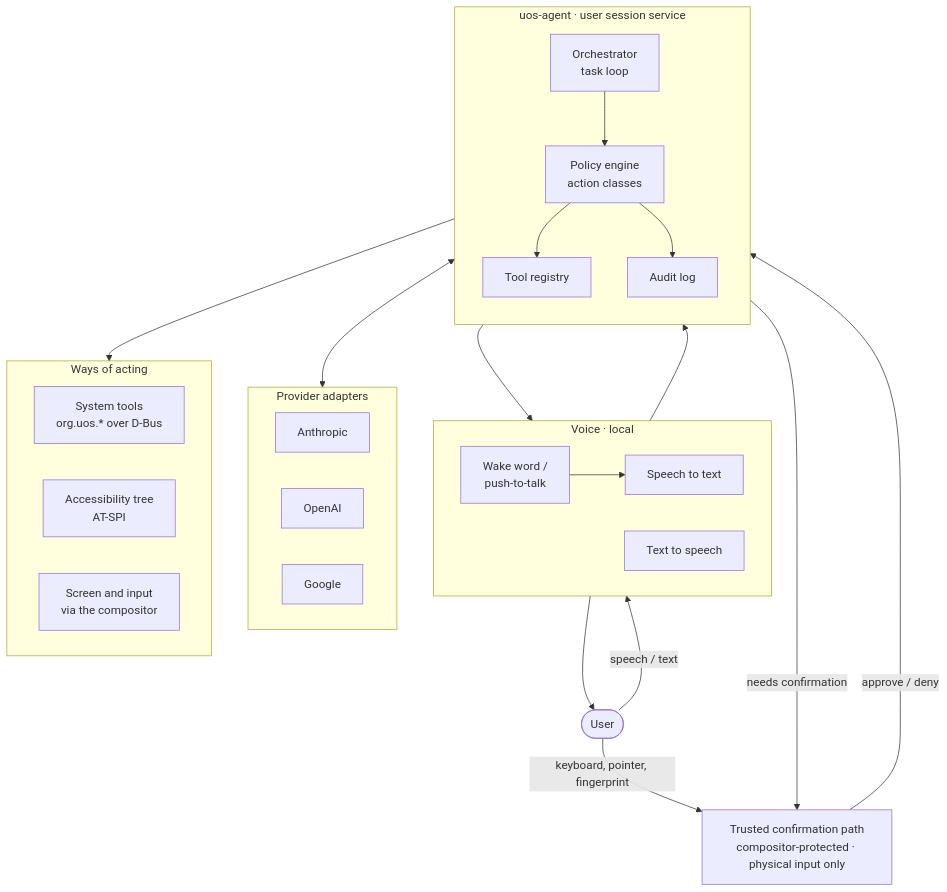
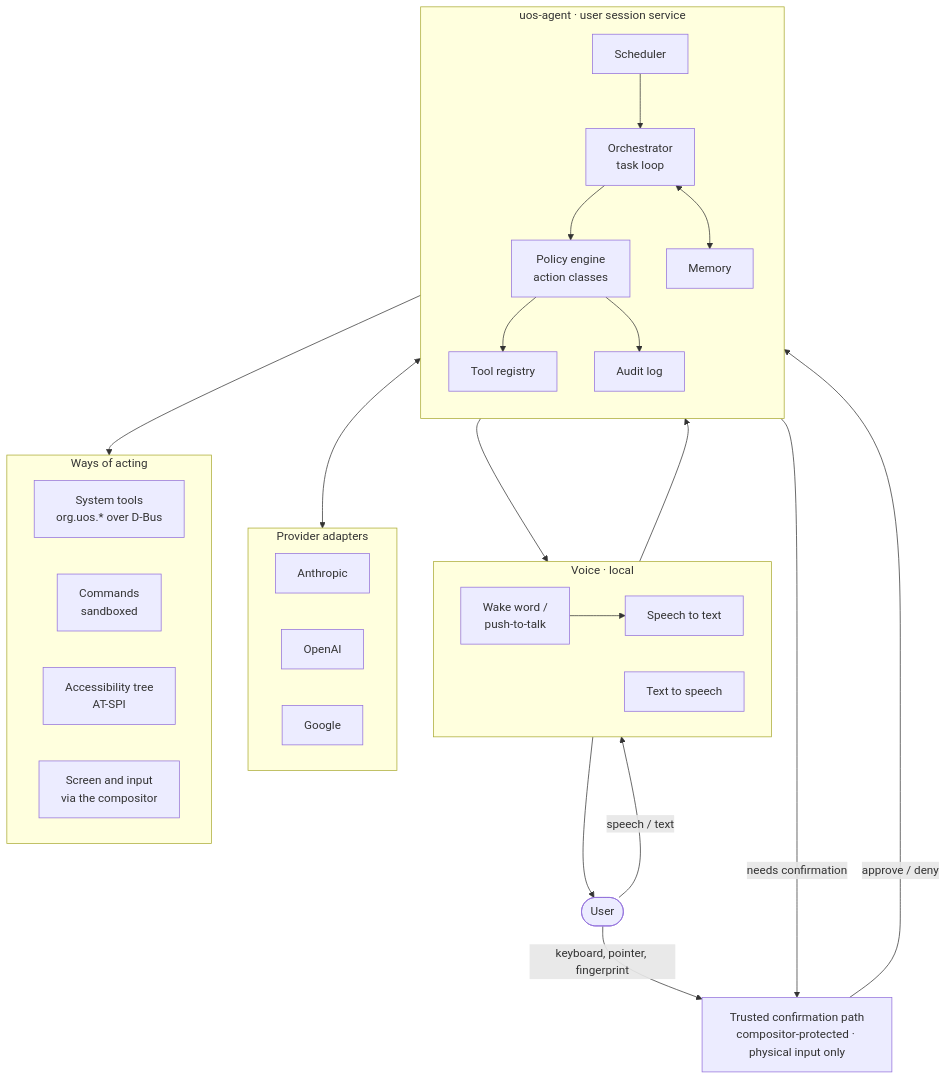
One commit to giorgiogiudice/TUR changed the diagram in docs/architecture/ai-control-layer.md. Above: the diagram before and after it, drawn with Mermaid. The commit also changed other lines of this file and 3 other files, not shown here.

````diff
--- a/docs/architecture/ai-control-layer.md
+++ b/docs/architecture/ai-control-layer.md
@@ -55,44 +64,49 @@
 ```mermaid
 flowchart TB
     U(["User"])
 
     subgraph VOICE["Voice · local"]
         direction LR
         WW["Wake word /<br/>push-to-talk"] --> STT["Speech to text"]
         TTS["Text to speech"]
     end
 
     subgraph AGENT["uos-agent · user session service"]
         direction TB
         ORCH["Orchestrator<br/>task loop"]
         POL["Policy engine<br/>action classes"]
         REG["Tool registry"]
         AUD["Audit log"]
+        MEM["Memory"]
+        SCH["Scheduler"]
         ORCH --> POL --> REG
         POL --> AUD
+        ORCH <--> MEM
+        SCH --> ORCH
     end
 
     subgraph PROV["Provider adapters"]
         direction LR
         A["Anthropic"]
         O["OpenAI"]
         G["Google"]
     end
 
     subgraph ACT["Ways of acting"]
         direction LR
         T1["System tools<br/>org.uos.* over D-Bus"]
+        T1B["Commands<br/>sandboxed"]
         T2["Accessibility tree<br/>AT-SPI"]
         T3["Screen and input<br/>via the compositor"]
     end
 
     TP["Trusted confirmation path<br/>compositor-protected · physical input only"]
 
     U -- "speech / text" --> VOICE --> ORCH
     ORCH <--> PROV
     REG --> ACT
     POL -- "needs confirmation" --> TP
     TP -- "approve / deny" --> POL
     U -- "keyboard, pointer, fingerprint" --> TP
     ORCH --> TTS --> U
 ```
````
